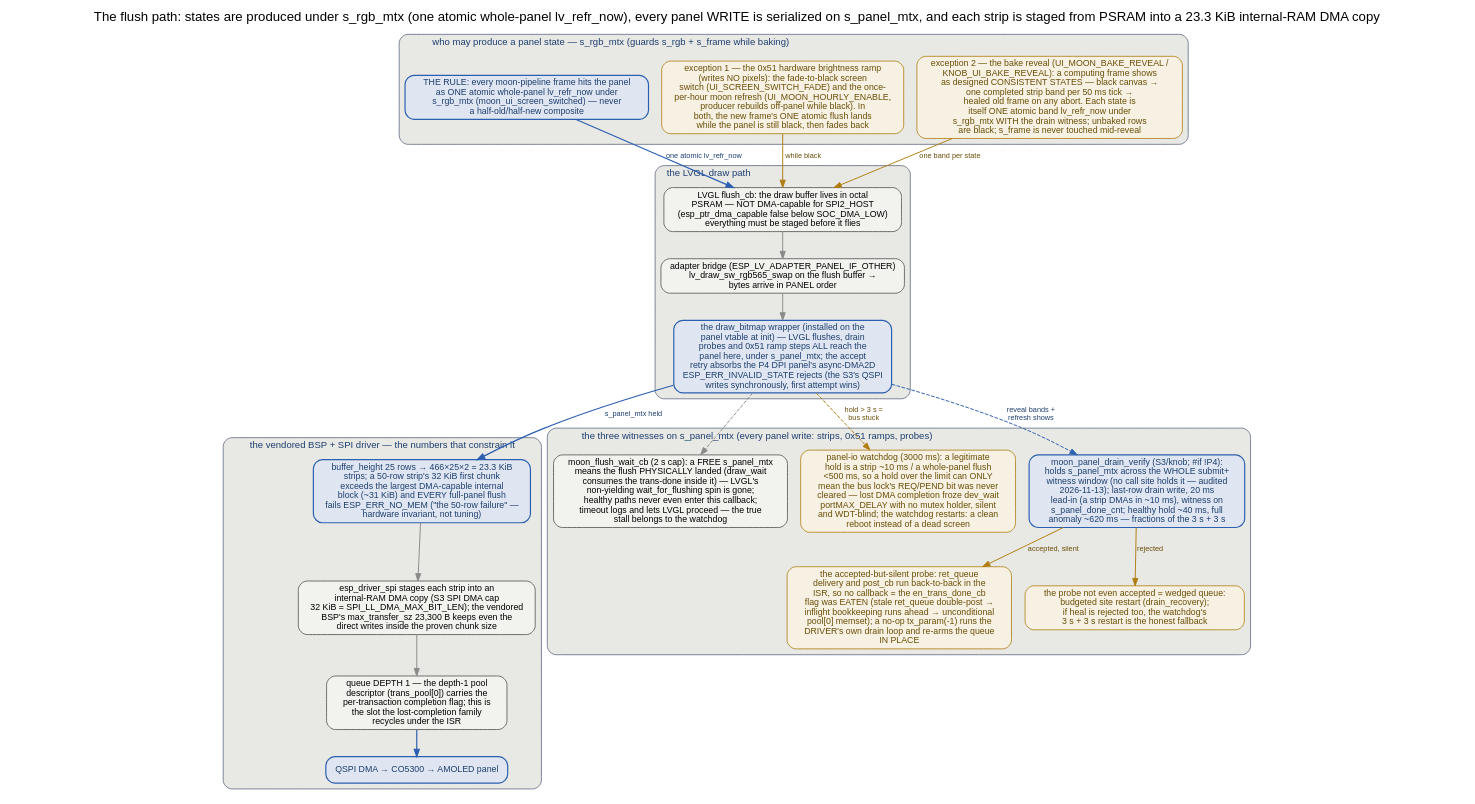
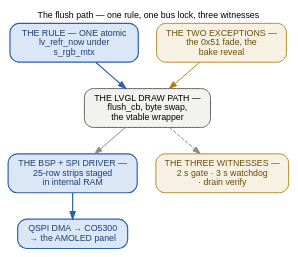
Before and after one commit to ukos-git/moon-clock-esp: the diagram in docs/_graphs/flush-path.dot, drawn with Graphviz. The commit also changed 104 other files, not shown here.

```diff
--- a/docs/_graphs/flush-path.dot
+++ b/docs/_graphs/flush-path.dot
@@ -1,102 +1,47 @@
-// The flush path end to end: who may produce a panel state (s_rgb_mtx,
-// the atomic rule + its two sanctioned exceptions), how a strip travels
-// (PSRAM draw buffer -> staged internal-RAM DMA copy, 25-row strips),
-// who serializes the bus (s_panel_mtx for EVERY writer), and the three
-// witnesses guarding it (flush-wait gate, panel-io watchdog, drain
-// verify with its heal/restart split). Every edge verified in
-// components/ui/moon_ui.c (wait cb :438, watchdog :589-, drain verify
-// :898-, wrapper comment :594-, strip math :124) and the vendored BSP
+// The flush path as a black box — the whole journey in five sealed
+// boxes. The numbers (25-row strips, 23.3 KiB, 32 KiB DMA cap, 23,300
+// B, depth-1 queue, 2 s / 3 s caps, the witness timings, the heal/
+// restart split) live in the detail sketches and their headers:
+//   flush-path-strip.dot     the strip's journey with every byte count
+//   flush-path-witness.dot   the three witnesses and the heal/restart
+//                            split
+// Every edge verified in components/ui/moon_ui.c (wait cb :445,
+// watchdog :596-, drain verify :919-, wrapper comment :601-, strip
+// math :124) and the vendored BSP
 // components/esp32_s3_touch_amoled_1_75/esp32_s3_touch_amoled_1_75.c
-// (:493-:530). The lost-completion root cause in IDF is drawn in
-// docs/implementation/display.rst's prose; the hourly fade flow is
-// docs/_graphs/tf-hour-cache.dot's territory.
+// (:493-:530). The lost-completion root cause in IDF is the prose of
+// this page; the hourly fade flow is docs/_graphs/tf-hour-cache.dot's
+// territory; who fills which buffer before a strip reaches the
+// wrapper is buffers-relay.dot (architecture).
+// FONTS: 12 pt = the page's 16 px body text at 1:1 — kept inside the
+// content column.
 // Rendered inline as SVG by sphinx.ext.graphviz (dot on PATH).
 digraph flush_path {
-    label="The flush path: states are produced under s_rgb_mtx (one atomic whole-panel lv_refr_now), every panel WRITE is serialized on s_panel_mtx, and each strip is staged from PSRAM into a 23.3 KiB internal-RAM DMA copy";
-    labelloc="t";
-    fontname="Helvetica"; fontsize=18;
-    node [fontname="Helvetica", fontsize=12, style="rounded,filled",
-          shape=box, width=1.8, height=0.5,
-          fillcolor="#f2f2ef", color="#525252", penwidth=1.1];
-    edge [fontname="Helvetica", fontsize=10, color="#8a8a8a", penwidth=1.3];
+    rankdir=TB;
+    label="The flush path — one rule, one bus lock, three witnesses";
+    labelloc="t"; labeljust="c";
+    fontname="Helvetica"; fontsize=12;
+    graph [nodesep=0.35, ranksep=0.5];
+    node [fontname="Helvetica", fontsize=12, shape=box, style="rounded,filled",
+          width=0, height=0, margin="0.16,0.10", fillcolor="#f2f2ef",
+          color="#525252", penwidth=1.2];
+    edge [fontname="Helvetica", fontsize=12, color="#8a8a8a", penwidth=1.3];
 
-    subgraph cluster_producers {
-        label="who may produce a panel state — s_rgb_mtx (guards s_rgb + s_frame while baking)";
-        labeljust="l";
-        style="rounded,filled";
-        fillcolor="#e8e8e4";
-        color="#525c78";
-        fontsize=13; fontcolor="#1e3f70";
+    rule [label="THE RULE — ONE atomic\nlv_refr_now under\ns_rgb_mtx",
+          fillcolor="#dbe7f6", color="#2b5fb0", fontcolor="#1e3f70", penwidth=1.6];
+    exc [label="THE TWO EXCEPTIONS —\nthe 0x51 fade, the\nbake reveal",
+         fillcolor="#f6f1e2", color="#b07d10", fontcolor="#6b4e08"];
+    lvgl [label="THE LVGL DRAW PATH —\nflush_cb, byte swap,\nthe vtable wrapper"];
+    bsp [label="THE BSP + SPI DRIVER —\n25-row strips staged\nin internal RAM",
+         fillcolor="#dbe7f6", color="#2b5fb0", fontcolor="#1e3f70", penwidth=1.6];
+    wit [label="THE THREE WITNESSES —\n2 s gate · 3 s watchdog\n· drain verify",
+         fillcolor="#f6f1e2", color="#b07d10", fontcolor="#6b4e08"];
+    panel [label="QSPI DMA → CO5300\n→ the AMOLED panel",
+           fillcolor="#dbe7f6", color="#2b5fb0", fontcolor="#1e3f70", penwidth=1.6];
 
-        rule [label="THE RULE: every moon-pipeline frame hits the panel\nas ONE atomic whole-panel lv_refr_now under\ns_rgb_mtx (moon_ui_screen_switched) — never\na half-old/half-new composite",
-              fillcolor="#dfe6f1", color="#2b5fb0", fontcolor="#1e3f70", penwidth=1.6];
-        fade [label="exception 1 — the 0x51 hardware brightness ramp\n(writes NO pixels): the fade-to-black screen\nswitch (UI_SCREEN_SWITCH_FADE) and the once-\nper-hour moon refresh (UI_MOON_HOURLY_ENABLE,\nproducer rebuilds off-panel while black). In\nboth, the new frame's ONE atomic flush lands\nwhile the panel is still black, then fades back",
-                fillcolor="#f6f1e2", color="#b07d10", fontcolor="#6b4e08"];
-        reveal [label="exception 2 — the bake reveal (UI_MOON_BAKE_REVEAL /\nKNOB_UI_BAKE_REVEAL): a computing frame shows\nas designed CONSISTENT STATES — black canvas →\none completed strip band per 50 ms tick →\nhealed old frame on any abort. Each state is\nitself ONE atomic band lv_refr_now under\ns_rgb_mtx WITH the drain witness; unbaked rows\nare black; s_frame is never touched mid-reveal",
-                fillcolor="#f6f1e2", color="#b07d10", fontcolor="#6b4e08"];
-    }
-
-    subgraph cluster_lvgl {
-        label="the LVGL draw path";
-        labeljust="l";
-        style="rounded,filled";
-        fillcolor="#e8e8e4";
-        color="#525c78";
-        fontsize=13; fontcolor="#1e3f70";
-
-        flushcb [label="LVGL flush_cb: the draw buffer lives in octal\nPSRAM — NOT DMA-capable for SPI2_HOST\n(esp_ptr_dma_capable false below SOC_DMA_LOW)\neverything must be staged before it flies"];
-        swap [label="adapter bridge (ESP_LV_ADAPTER_PANEL_IF_OTHER)\nlv_draw_sw_rgb565_swap on the flush buffer →\nbytes arrive in PANEL order"];
-        wrapper [label="the draw_bitmap wrapper (installed on the\npanel vtable at init) — LVGL flushes, drain\nprobes and 0x51 ramp steps ALL reach the\npanel here, under s_panel_mtx; the accept\nretry absorbs the P4 DPI panel's async-DMA2D\nESP_ERR_INVALID_STATE rejects (the S3's QSPI\nwrites synchronously, first attempt wins)",
-                 fillcolor="#dfe6f1", color="#2b5fb0", fontcolor="#1e3f70", penwidth=1.6];
-    }
-
-    subgraph cluster_bsp {
-        label="the vendored BSP + SPI driver — the numbers that constrain it";
-        labeljust="l";
-        style="rounded,filled";
-        fillcolor="#e8e8e4";
-        color="#525c78";
-        fontsize=13; fontcolor="#1e3f70";
-
-        strips [label="buffer_height 25 rows → 466×25×2 = 23.3 KiB\nstrips; a 50-row strip's 32 KiB first chunk\nexceeds the largest DMA-capable internal\nblock (~31 KiB) and EVERY full-panel flush\nfails ESP_ERR_NO_MEM (\"the 50-row failure\" —\nhardware invariant, not tuning)",
-                 fillcolor="#dfe6f1", color="#2b5fb0", fontcolor="#1e3f70", penwidth=1.6];
-        stage [label="esp_driver_spi stages each strip into an\ninternal-RAM DMA copy (S3 SPI DMA cap\n32 KiB = SPI_LL_DMA_MAX_BIT_LEN); the vendored\nBSP's max_transfer_sz 23,300 B keeps even the\ndirect writes inside the proven chunk size"];
-        queue [label="queue DEPTH 1 — the depth-1 pool\ndescriptor (trans_pool[0]) carries the\nper-transaction completion flag; this is\nthe slot the lost-completion family\nrecycles under the ISR"];
-        dma [label="QSPI DMA → CO5300 → AMOLED panel",
-             fillcolor="#dfe6f1", color="#2b5fb0", fontcolor="#1e3f70", penwidth=1.6];
-    }
-
-    subgraph cluster_guards {
-        label="the three witnesses on s_panel_mtx (every panel write: strips, 0x51 ramps, probes)";
-        labeljust="l";
-        style="rounded,filled";
-        fillcolor="#e8e8e4";
-        color="#525c78";
-        fontsize=13; fontcolor="#1e3f70";
-
-        waitcb [label="moon_flush_wait_cb (2 s cap): a FREE s_panel_mtx\nmeans the flush PHYSICALLY landed (draw_wait\nconsumes the trans-done inside it) — LVGL's\nnon-yielding wait_for_flushing spin is gone;\nhealthy paths never even enter this callback;\ntimeout logs and lets LVGL proceed — the true\nstall belongs to the watchdog"];
-        wdg [label="panel-io watchdog (3000 ms): a legitimate\nhold is a strip ~10 ms / a whole-panel flush\n<500 ms, so a hold over the limit can ONLY\nmean the bus lock's REQ/PEND bit was never\ncleared — lost DMA completion froze dev_wait\nportMAX_DELAY with no mutex holder, silent\nand WDT-blind; the watchdog restarts: a clean\nreboot instead of a dead screen",
-               fillcolor="#f6f1e2", color="#b07d10", fontcolor="#6b4e08"];
-        drain [label="moon_panel_drain_verify (S3/knob; #if !P4):\nholds s_panel_mtx across the WHOLE submit+\nwitness window (no call site holds it — audited\n2026-11-13); last-row drain write, 20 ms\nlead-in (a strip DMAs in ~10 ms), witness on\ns_panel_done_cnt; healthy hold ~40 ms, full\nanomaly ~620 ms — fractions of the 3 s + 3 s",
-                fillcolor="#dfe6f1", color="#2b5fb0", fontcolor="#1e3f70", penwidth=1.6];
-        heal [label="the accepted-but-silent probe: ret_queue\ndelivery and post_cb run back-to-back in the\nISR, so no callback = the en_trans_done_cb\nflag was EATEN (stale ret_queue double-post →\ninflight bookkeeping runs ahead → unconditional\npool[0] memset); a no-op tx_param(-1) runs the\nDRIVER's own drain loop and re-arms the queue\nIN PLACE",
-               fillcolor="#f6f1e2", color="#b07d10", fontcolor="#6b4e08"];
-        restart [label="the probe not even accepted = wedged queue:\nbudgeted site restart (drain_recovery);\nif heal is rejected too, the watchdog's\n3 s + 3 s restart is the honest fallback",
-                  fillcolor="#f6f1e2", color="#b07d10", fontcolor="#6b4e08"];
-    }
-
-    rule -> flushcb [color="#2b5fb0", penwidth=1.6, fontcolor="#1e3f70", label="one atomic lv_refr_now"];
-    fade -> flushcb [color="#b07d10", fontcolor="#6b4e08", label="while black"];
-    reveal -> flushcb [color="#b07d10", fontcolor="#6b4e08", label="one band per state"];
-    flushcb -> swap;
-    swap -> wrapper;
-    wrapper -> strips [color="#2b5fb0", penwidth=1.6, fontcolor="#1e3f70", label="s_panel_mtx held"];
-    strips -> stage;
-    stage -> queue;
-    queue -> dma [color="#2b5fb0", penwidth=1.6, fontcolor="#1e3f70"];
-    wrapper -> waitcb [style=dashed];
-    wrapper -> wdg [style=dashed, color="#b07d10", fontcolor="#6b4e08", label="hold > 3 s =\nbus stuck"];
-    wrapper -> drain [style=dashed, color="#2b5fb0", fontcolor="#1e3f70", label="reveal bands +\nrefresh shows"];
-    drain -> heal [color="#b07d10", fontcolor="#6b4e08", label="accepted, silent"];
-    drain -> restart [color="#b07d10", fontcolor="#6b4e08", label="rejected"];
+    rule -> lvgl [color="#2b5fb0", penwidth=1.6];
+    exc -> lvgl [color="#b07d10"];
+    lvgl -> bsp;
+    bsp -> panel [color="#2b5fb0", penwidth=1.6];
+    lvgl -> wit [style=dashed];
 }
```
